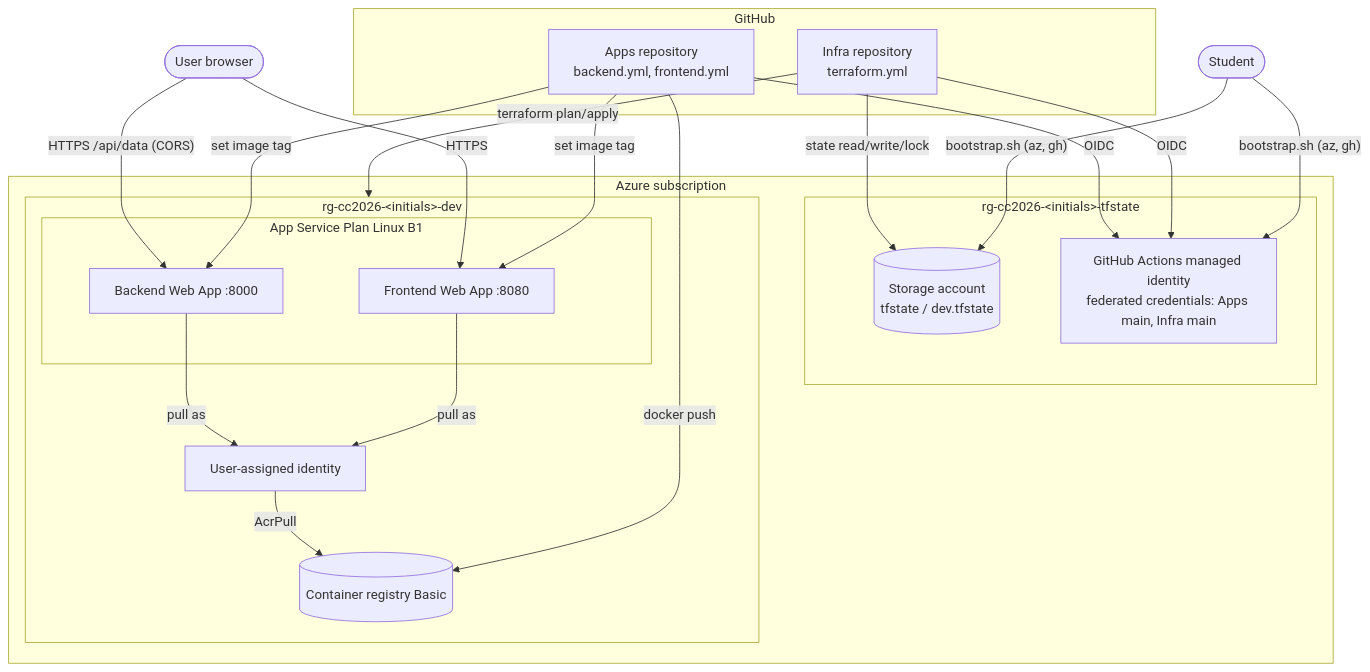
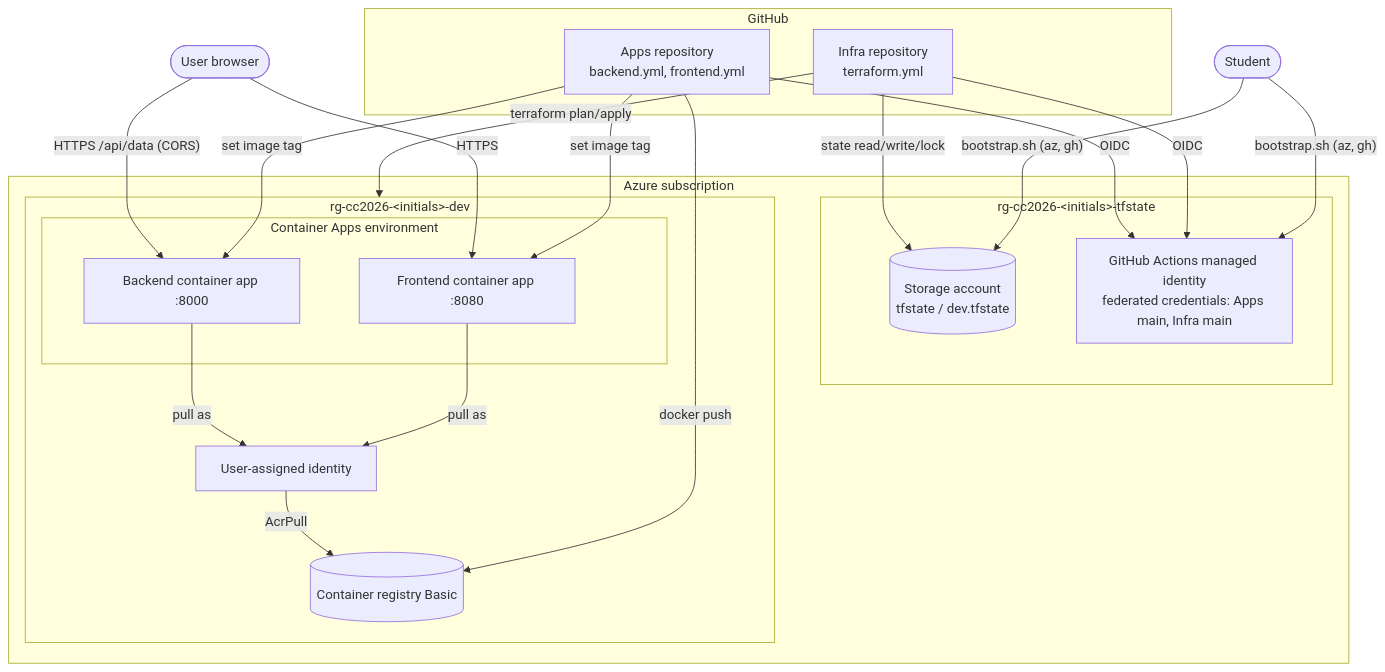
One commit to agi1clj/CC2026_DS_Infra changed the first of 3 diagrams in docs/architecture.md. Above: the diagram before and after it, drawn with Mermaid. The commit also changed other lines of this file and 20 other files, not shown here.

First line of the commit message:
feat(hosting): run the apps on Azure Container Apps by default

````diff
--- a/docs/architecture.md
+++ b/docs/architecture.md
@@ -7,37 +7,37 @@
 ```mermaid
 flowchart TB
     student([Student])
     browser([User browser])
 
     subgraph github["GitHub"]
         apps[Apps repository<br/>backend.yml, frontend.yml]
         infra[Infra repository<br/>terraform.yml]
     end
 
     subgraph sub["Azure subscription"]
         subgraph staterg["rg-cc2026-&lt;initials&gt;-tfstate"]
             sa[(Storage account<br/>tfstate / dev.tfstate)]
             app[GitHub Actions managed identity<br/>federated credentials: Apps main, Infra main]
         end
         subgraph apprg["rg-cc2026-&lt;initials&gt;-dev"]
             acr[(Container registry Basic)]
             uami[User-assigned identity]
-            subgraph plan["App Service Plan Linux B1"]
-                fe[Frontend Web App :8080]
-                be[Backend Web App :8000]
+            subgraph plan["Container Apps environment"]
+                fe[Frontend container app :8080]
+                be[Backend container app :8000]
             end
         end
     end
 
     student -- "bootstrap.sh (az, gh)" --> sa & app
     infra -- "OIDC" --> app
     apps -- "OIDC" --> app
     infra -- "terraform plan/apply" --> apprg
     infra -- "state read/write/lock" --> sa
     apps -- "docker push" --> acr
     apps -- "set image tag" --> fe & be
     uami -- "AcrPull" --> acr
     fe & be -- "pull as" --> uami
     browser -- HTTPS --> fe
     browser -- "HTTPS /api/data (CORS)" --> be
 ```
````
